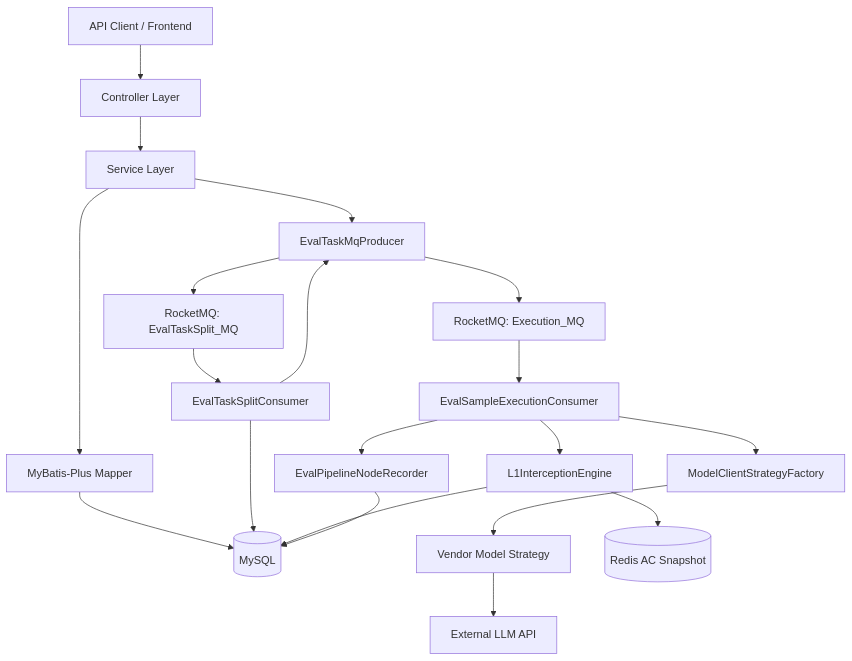
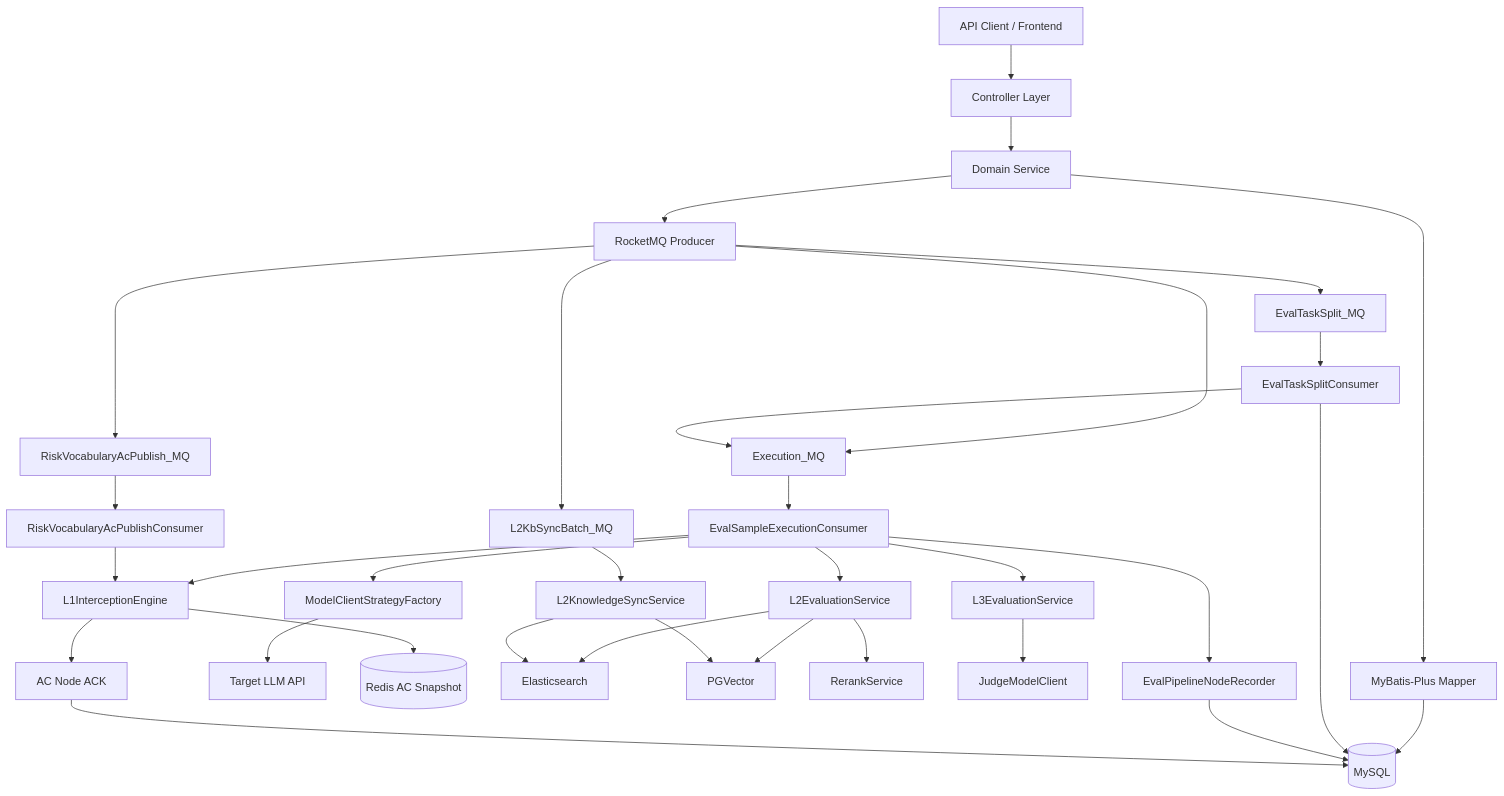
The first of 2 diagrams in README.md (k960128/aigc-evaluate), drawn with Mermaid before and after one commit. The commit also changed other lines of this file and 2 other files, not shown here.

````diff
--- a/README.md
+++ b/README.md
@@ -64,27 +104,44 @@
 ```mermaid
 flowchart TD
     Client["API Client / Frontend"] --> Controller["Controller Layer"]
-    Controller --> Service["Service Layer"]
+    Controller --> Service["Domain Service"]
     Service --> Mapper["MyBatis-Plus Mapper"]
-    Mapper --> DB[("MySQL")]
+    Mapper --> MySQL[("MySQL")]
 
-    Service --> Producer["EvalTaskMqProducer"]
-    Producer --> SplitMQ["RocketMQ: EvalTaskSplit_MQ"]
-    Producer --> ExecMQ["RocketMQ: Execution_MQ"]
+    Service --> Producer["RocketMQ Producer"]
+    Producer --> SplitMQ["EvalTaskSplit_MQ"]
+    Producer --> ExecMQ["Execution_MQ"]
+    Producer --> KbBatchMQ["L2KbSyncBatch_MQ"]
+    Producer --> AcPublishMQ["RiskVocabularyAcPublish_MQ"]
 
     SplitMQ --> SplitConsumer["EvalTaskSplitConsumer"]
-    SplitConsumer --> DB
-    SplitConsumer --> Producer
+    SplitConsumer --> MySQL
+    SplitConsumer --> ExecMQ
 
     ExecMQ --> ExecConsumer["EvalSampleExecutionConsumer"]
-    ExecConsumer --> StrategyFactory["ModelClientStrategyFactory"]
-    StrategyFactory --> ModelStrategy["Vendor Model Strategy"]
-    ModelStrategy --> LLM["External LLM API"]
+    ExecConsumer --> ModelFactory["ModelClientStrategyFactory"]
+    ModelFactory --> TargetModel["Target LLM API"]
 
     ExecConsumer --> L1["L1InterceptionEngine"]
     L1 --> Redis[("Redis AC Snapshot")]
-    L1 --> DB
+
+    ExecConsumer --> L2["L2EvaluationService"]
+    L2 --> ES["Elasticsearch"]
+    L2 --> PGVector["PGVector"]
+    L2 --> Reranker["RerankService"]
+
+    ExecConsumer --> L3["L3EvaluationService"]
+    L3 --> Judge["JudgeModelClient"]
 
     ExecConsumer --> Recorder["EvalPipelineNodeRecorder"]
-    Recorder --> DB
+    Recorder --> MySQL
+
+    KbBatchMQ --> KbSync["L2KnowledgeSyncService"]
+    KbSync --> ES
+    KbSync --> PGVector
+
+    AcPublishMQ --> AcConsumer["RiskVocabularyAcPublishConsumer"]
+    AcConsumer --> L1
+    L1 --> Ack["AC Node ACK"]
+    Ack --> MySQL
 ```
````
